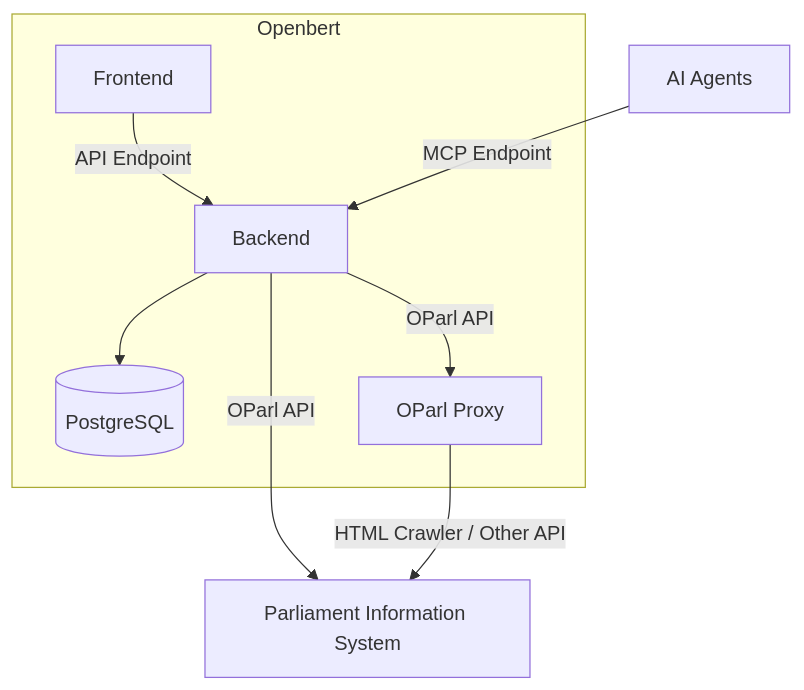
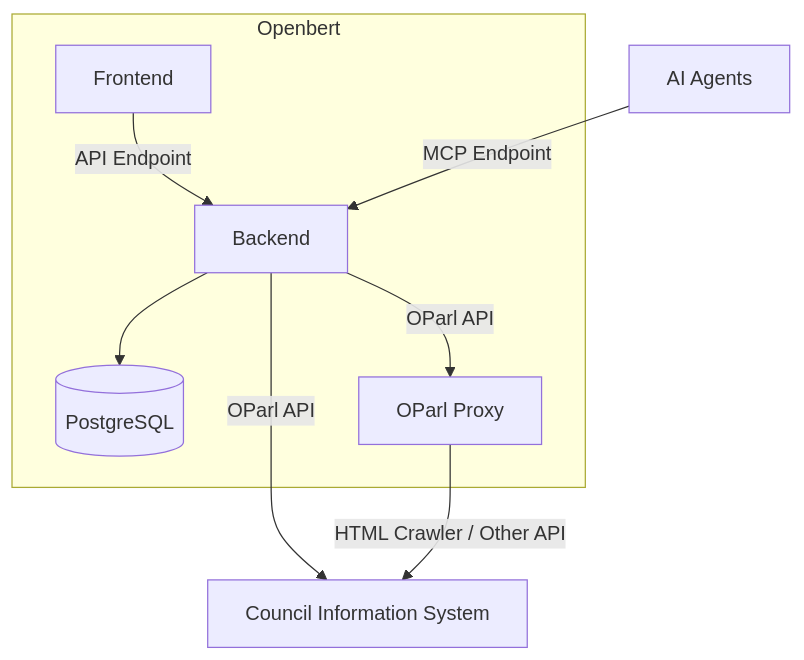
The first of 3 diagrams in README.md (markuspoerschke/openbert-backend), drawn with Mermaid before and after one commit. The commit also changed other lines of this file, not shown here.

Commit message:
doc: apply feedback

````diff
--- a/README.md
+++ b/README.md
@@ -22,21 +22,21 @@
 ```mermaid
 flowchart TD
     AI[AI Agents]
-    RIS[Parliament Information System]
+    CIS[Council Information System]
 
     subgraph Openbert[Openbert]
         Frontend[Frontend]
         BE[Backend]
         DB[(PostgreSQL)]
         OParlProxy[OParl Proxy]
 
         Frontend -->|API Endpoint| BE
         BE --> DB
         BE -->|OParl API| OParlProxy
     end
 
     AI -->|MCP Endpoint| BE
 
-    BE -->|OParl API| RIS
-    OParlProxy -->|HTML Crawler / Other API| RIS
+    BE -->|OParl API| CIS
+    OParlProxy -->|HTML Crawler / Other API| CIS
 ```
````
